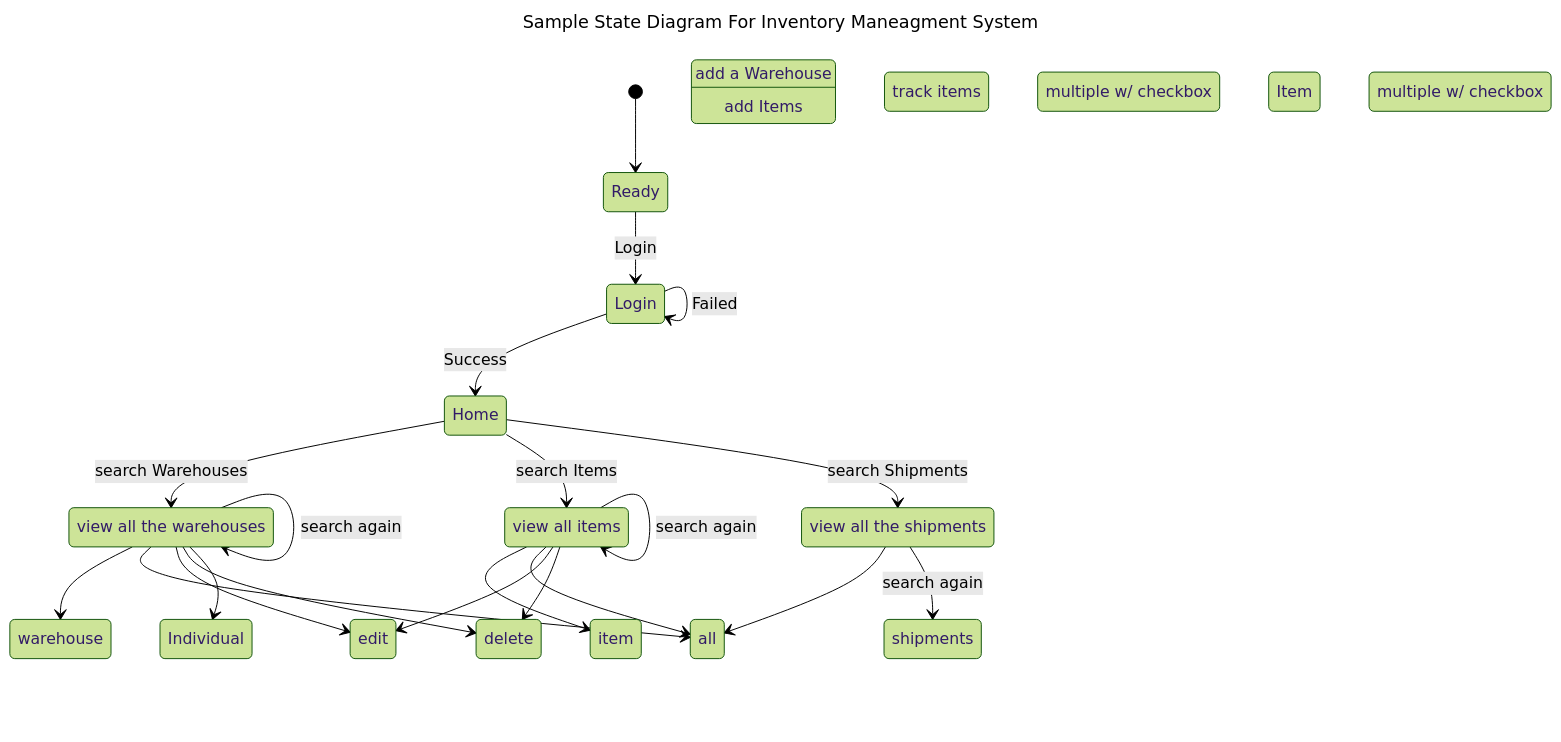
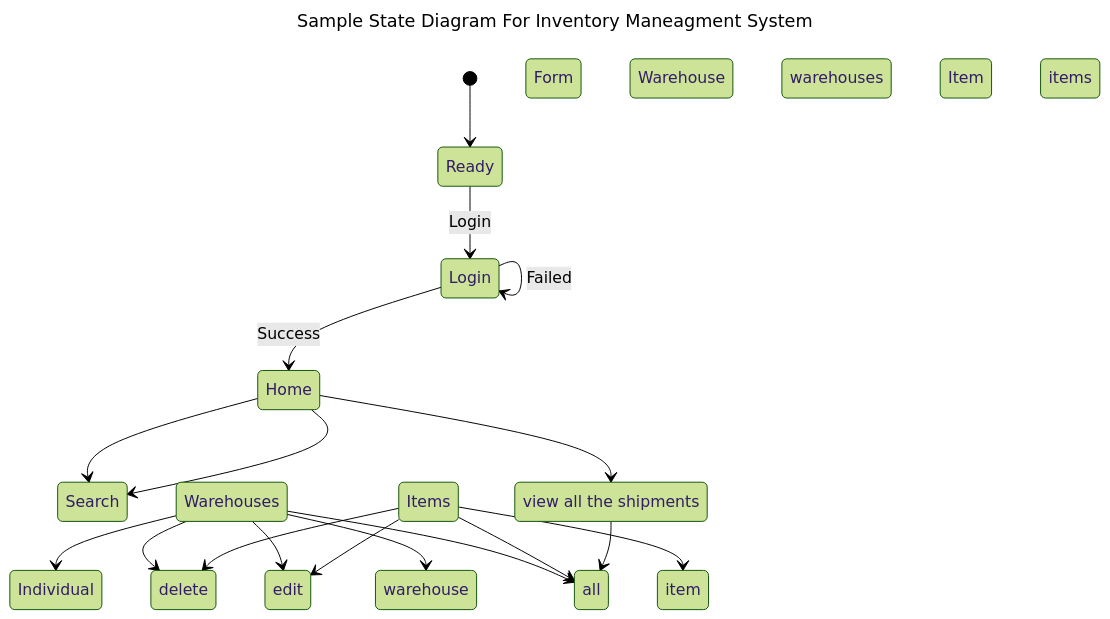
One commit to vincent-li-1/StockSync changed the fifth of 6 diagrams in requirements_specifications.md. Above: the diagram before and after it, drawn with Mermaid (forest theme). The commit also changed other lines of this file, not shown here.

````diff
--- a/requirements_specifications.md
+++ b/requirements_specifications.md
@@ -288,27 +286,25 @@
 ```mermaid
 ---
 title: Sample State Diagram For Inventory Maneagment System
 ---
 stateDiagram
     [*] --> Ready
     Ready --> Login : Login
     Login --> Home : Success
     Login --> Login : Failed
-    Home --> Warehouses : search Warehouses
-    Warehouses --> warehouse Form: add a Warehouse
-    Warehouses --> all Warehouses: view all the warehouses
+    Home --> Search Warehouses 
+    Warehouses --> warehouse Form
+    Warehouses --> all Warehouses
     all Warehouses --> edit Warehouse
-    all Warehouses --> delete warehouses: multiple w/ checkbox
-    all Warehouses --> Individual Warehouse: track items
-    Warehouses --> Warehouses : search again
-    Home --> Items : search Items
-    Items--> item Form: add Items
-    Items--> all Items: view all items
+    all Warehouses --> delete warehouses
+    all Warehouses --> Individual Warehouse
+    Home --> Search Items
+    Items--> item Form
+    Items--> all Items
     all Items --> edit Item
-    all Items -->delete items: multiple w/ checkbox
-    Items--> Items: search again
-    Home --> Shipments: search Shipments
+    all Items -->delete items
+    Home --> Shipments
     Shipments --> all Shipments: view all the shipments
-    Shipments --> shipments: search again
+
     
 ```
````
